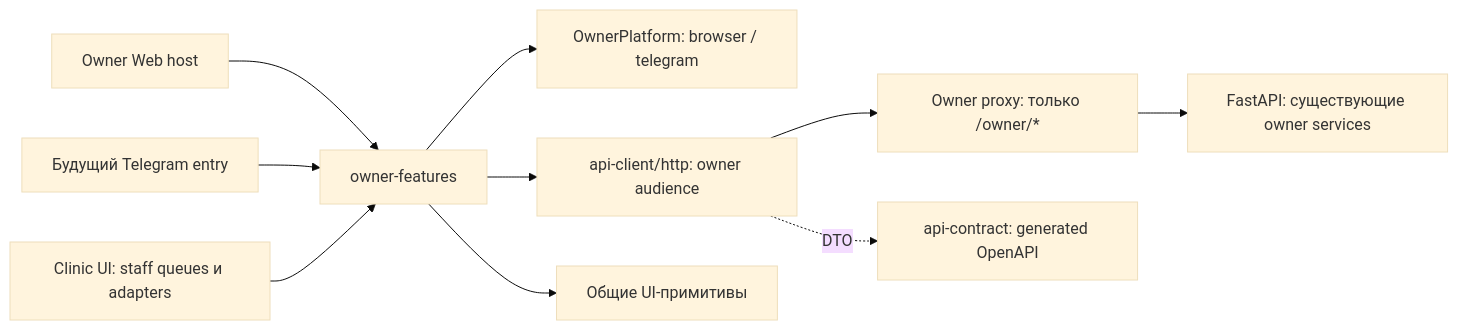
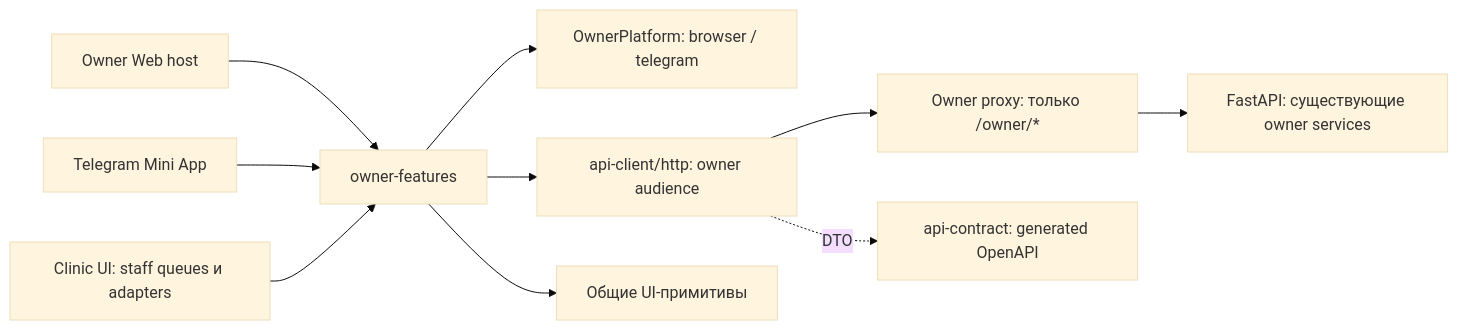
One commit to PythonTrip/vetapp changed the diagram in docs/architecture/owner-web.md. Above: the diagram before and after it, drawn with Mermaid (base theme). The commit also changed other lines of this file and 22 other files, not shown here.

Commit message:
feat(owner): add Telegram Mini App login and account linking

````diff
--- a/docs/architecture/owner-web.md
+++ b/docs/architecture/owner-web.md
@@ -14,12 +14,12 @@
 ```mermaid
 flowchart LR
   Browser[Owner Web host] --> Features[owner-features]
-  Telegram[Будущий Telegram entry] --> Features
+  Telegram[Telegram Mini App] --> Features
   Features --> Platform[OwnerPlatform: browser / telegram]
   Features --> Client[api-client/http: owner audience]
   Features --> UI[Общие UI-примитивы]
   Client --> Proxy[Owner proxy: только /owner/*]
   Proxy --> API[FastAPI: существующие owner services]
   Clinic[Clinic UI: staff queues и adapters] --> Features
   Client -. DTO .-> Contract[api-contract: generated OpenAPI]
 ```
````
